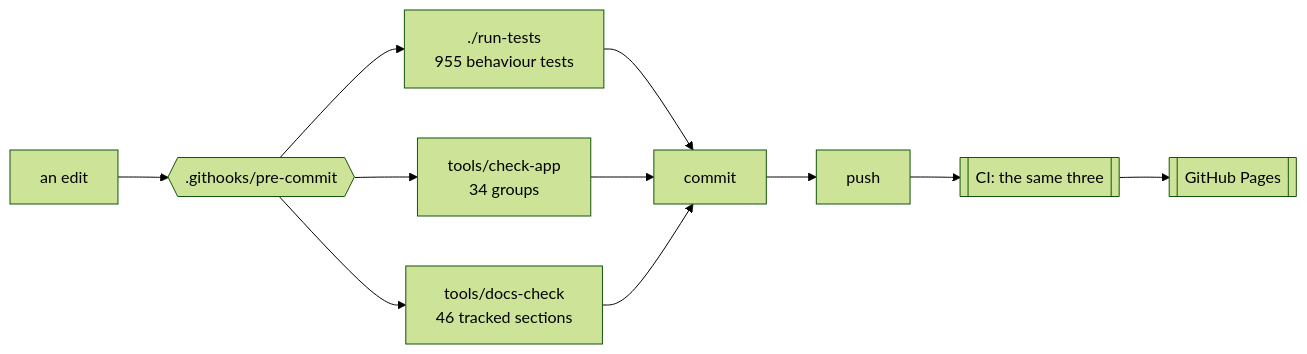
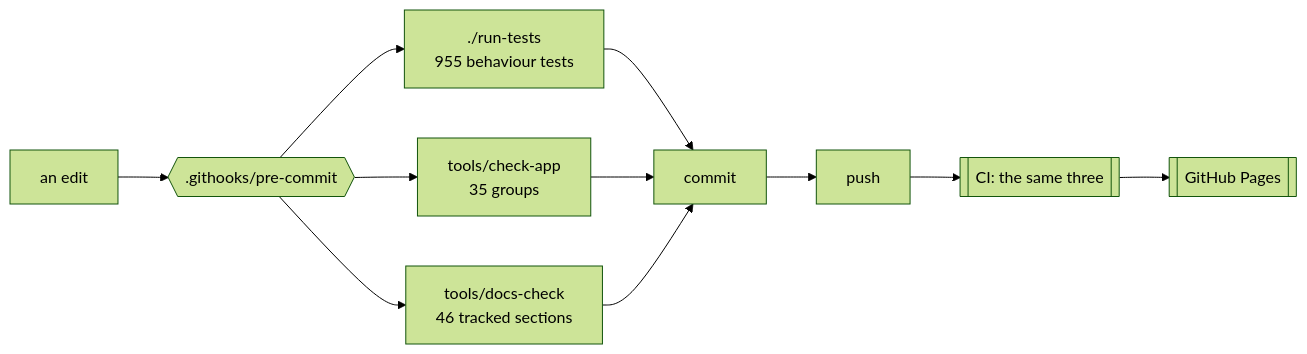
One commit to minormending/crystal-pilot-mobile changed the first of 3 diagrams in docs/DEVELOPING.md. Above: the diagram before and after it, drawn with Mermaid (forest theme). The commit also changed other lines of this file and 4 other files, not shown here.

````diff
--- a/docs/DEVELOPING.md
+++ b/docs/DEVELOPING.md
@@ -15,12 +15,12 @@
 ```mermaid
 flowchart LR
     E[an edit] --> H{{".githooks/pre-commit"}}
     H --> T["./run-tests<br/>955 behaviour tests"]
-    H --> C["tools/check-app<br/>34 groups"]
+    H --> C["tools/check-app<br/>35 groups"]
     H --> D["tools/docs-check<br/>46 tracked sections"]
     T --> OK[commit]
     C --> OK
     D --> OK
     OK --> P[push] --> CI[["CI: the same three"]]
     CI --> PG[[GitHub Pages]]
 ```
````
